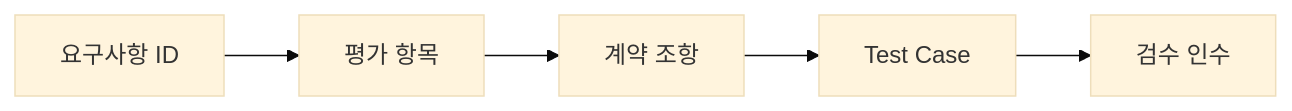
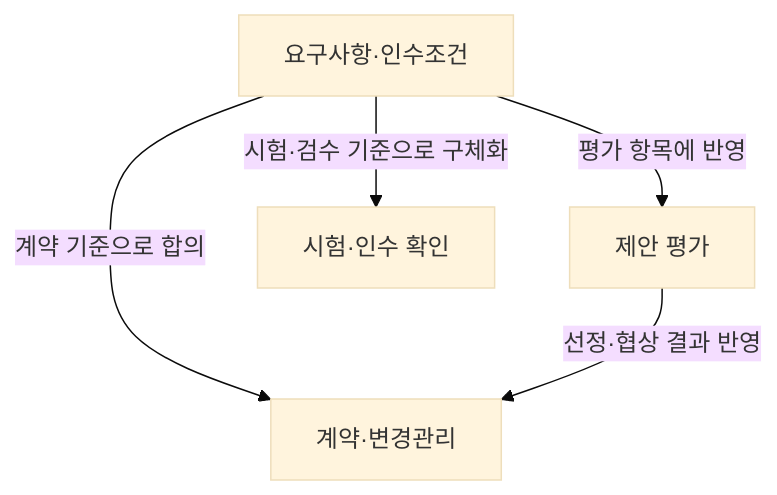
One commit to agnusdei1207/study changed the first of 2 diagrams in src/content/docs/notes/itpe/01-it-strategy/049_rfp.md. Above: the diagram before and after it, drawn with Mermaid (base theme). The commit also changed other lines of this file and 3 other files, not shown here.

````diff
--- a/src/content/docs/notes/itpe/01-it-strategy/049_rfp.md
+++ b/src/content/docs/notes/itpe/01-it-strategy/049_rfp.md
@@ -143,7 +60,7 @@
 ```mermaid
-flowchart LR
-    REQ["요구사항 ID"] --> EVAL["평가 항목"]
-    EVAL --> CONT["계약 조항"]
-    CONT --> TC["Test Case"]
-    TC --> ACC["검수 인수"]
+flowchart TD
+    REQ["요구사항·인수조건"] -->|"평가 항목에 반영"| EVAL["제안 평가"]
+    REQ -->|"계약 기준으로 합의"| CONTRACT["계약·변경관리"]
+    REQ -->|"시험·검수 기준으로 구체화"| TEST["시험·인수 확인"]
+    EVAL -->|"선정·협상 결과 반영"| CONTRACT
 ```
````
